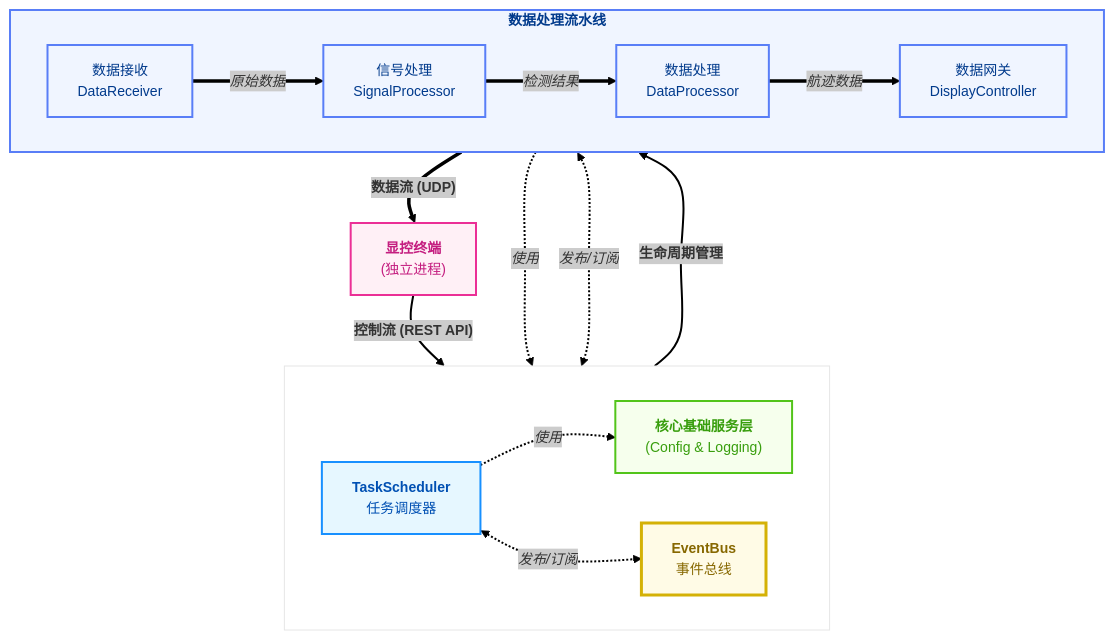
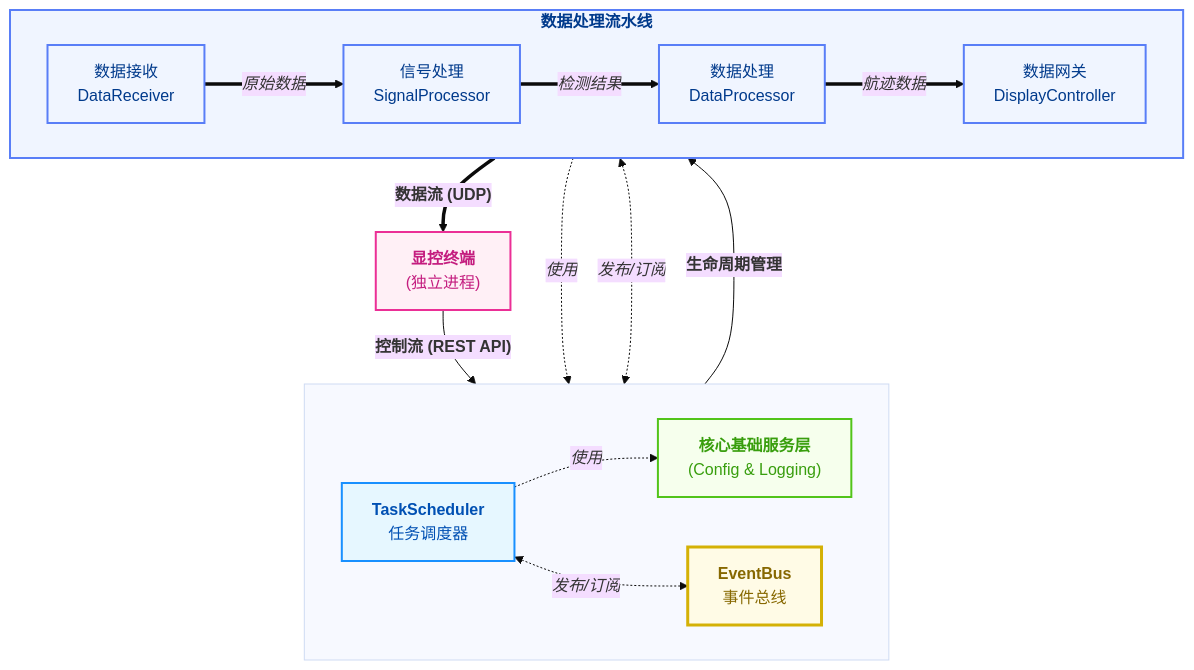
One commit to wendizhou99-cell/Radar changed the second of 22 diagrams in docs/01_项目设计/02_模块设计/99_模块集成策略.md. Above: the diagram before and after it, drawn with Mermaid. The commit also changed other lines of this file and 11 other files, not shown here.

````diff
--- a/docs/01_项目设计/02_模块设计/99_模块集成策略.md
+++ b/docs/01_项目设计/02_模块设计/99_模块集成策略.md
@@ -180,43 +180,43 @@
 ```mermaid
 ---
 config:
-  theme: neo
+  theme: base
   flowchart:
-    curve: natural
+    curve: basis
 ---
 flowchart TB
     subgraph " "
       direction LR
       TASK_ENGINE["<b>TaskScheduler</b><br/>任务调度器"]
       CORE_SERVICES["<b>核心基础服务层</b><br/>(Config & Logging)"]
       EVENTBUS["<b>EventBus</b><br/>事件总线"]
     end
     subgraph Pipeline["<b>数据处理流水线</b>"]
         direction LR
         DATA_RECV["数据接收<br/>DataReceiver"]
         SIGNAL_PROC["信号处理<br/>SignalProcessor"]
         DATA_PROC["数据处理<br/>DataProcessor"]
         GW["数据网关<br/>DisplayController"]
     end
     CLIENT["<b>显控终端</b><br/>(独立进程)"]
     DATA_RECV == "<i>原始数据</i>" ==> SIGNAL_PROC
     SIGNAL_PROC == "<i>检测结果</i>" ==> DATA_PROC
     DATA_PROC == "<i>航迹数据</i>" ==> GW
     GW == "<b>数据流 (UDP)</b>" ==> CLIENT
     TASK_ENGINE -- "<b>生命周期管理</b>" --> Pipeline
     CLIENT -- "<b>控制流 (REST API)</b>" --> TASK_ENGINE
     Pipeline -.-> |"<i>使用</i>"| CORE_SERVICES
     TASK_ENGINE -.-> |"<i>使用</i>"| CORE_SERVICES
     Pipeline <.-> |"<i>发布/订阅</i>"| EVENTBUS
     TASK_ENGINE <.-> |"<i>发布/订阅</i>"| EVENTBUS
     classDef scheduler fill:#e6f7ff,stroke:#1890ff,stroke-width:2px,color:#0050b3
     classDef services fill:#f6ffed,stroke:#52c41a,stroke-width:2px,color:#389e0d
     classDef eventbus fill:#fffbe6,stroke:#d4b106,stroke-width:3px,color:#876800
     classDef pipeline fill:#f0f5ff,stroke:#597ef7,stroke-width:2px,color:#003a8c
     classDef client fill:#fff0f6,stroke:#eb2f96,stroke-width:2px,color:#c41d7f
     class TASK_ENGINE scheduler
     class CORE_SERVICES services
     class EVENTBUS eventbus
     class Pipeline,DATA_RECV,SIGNAL_PROC,DATA_PROC,GW pipeline
     class CLIENT client
 ```
````
